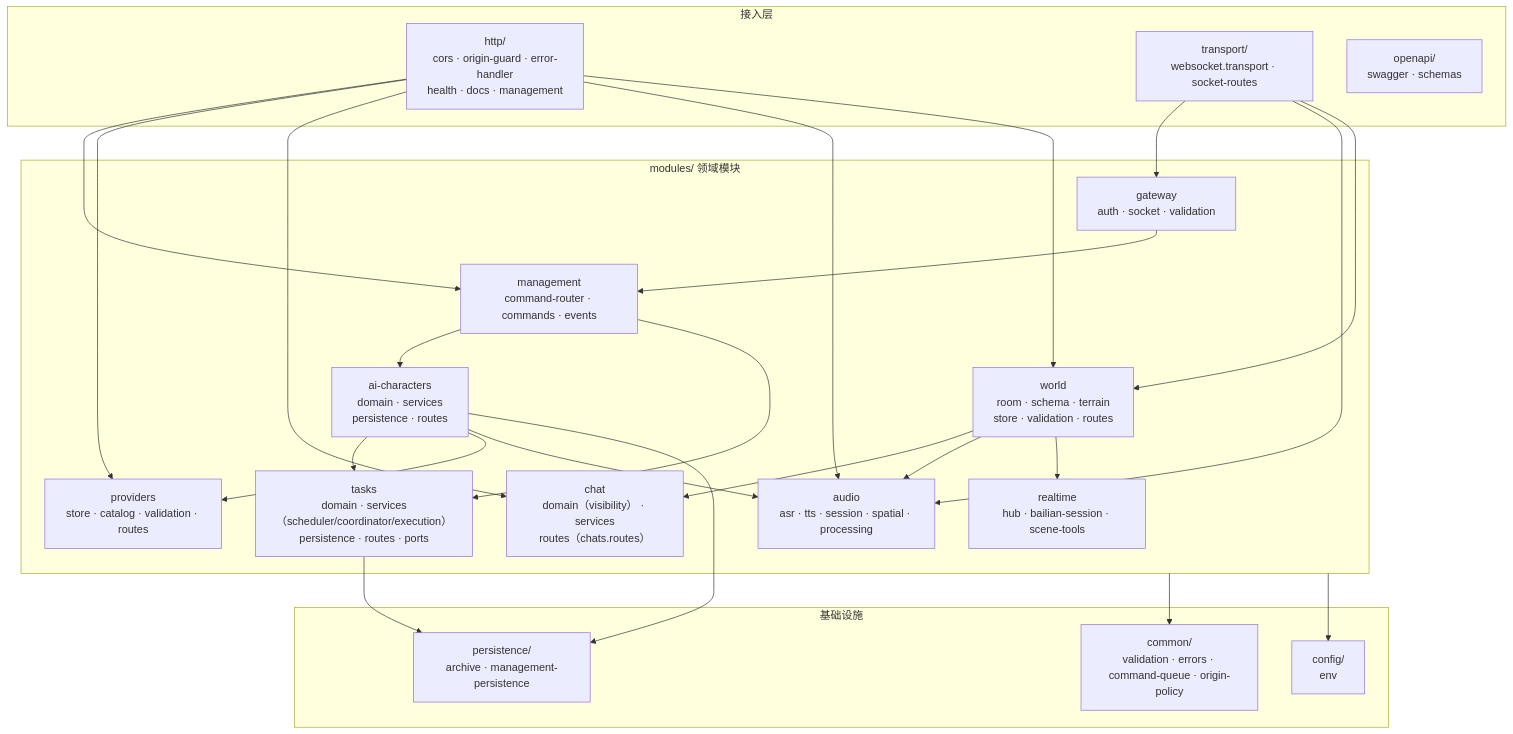
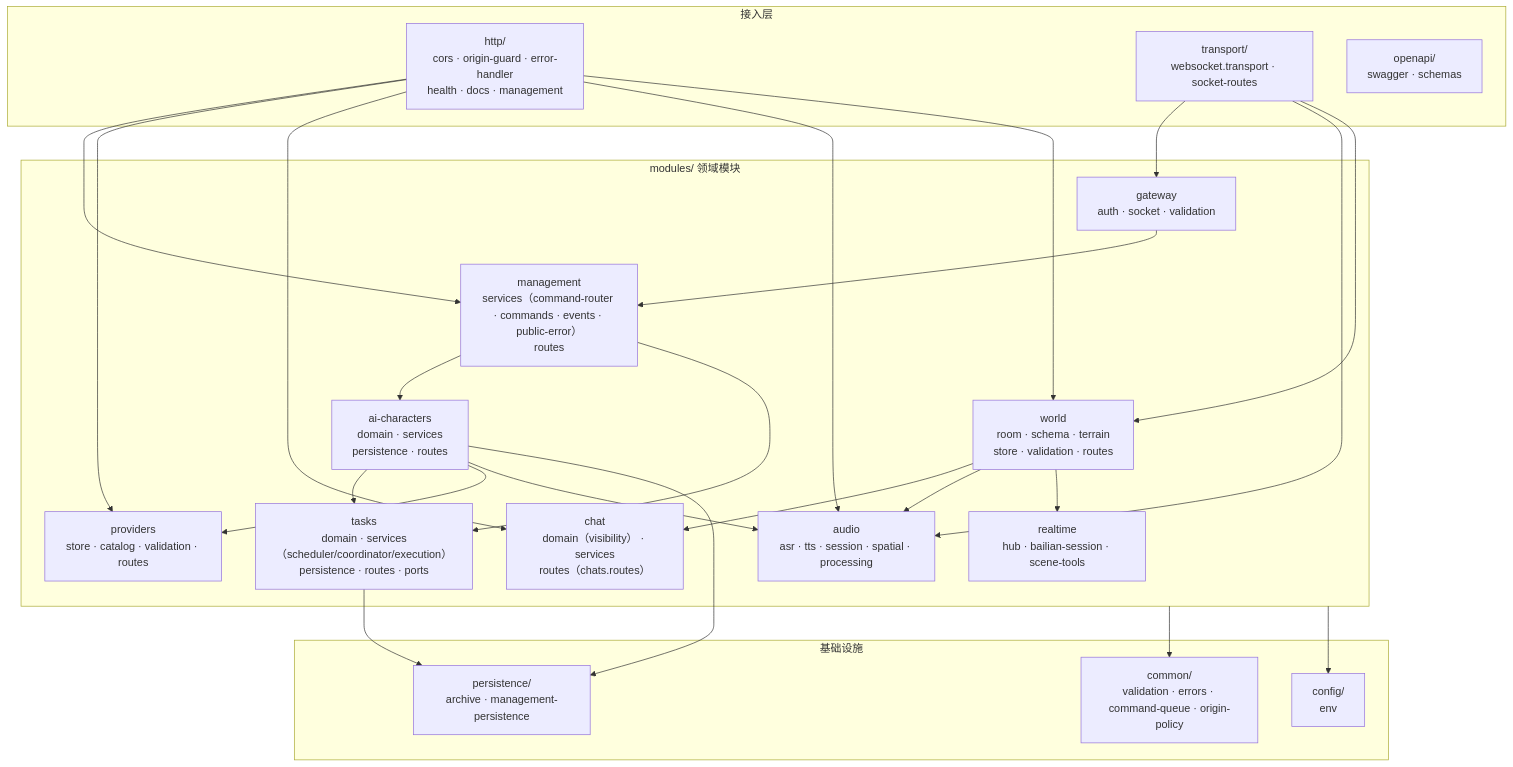
The fifth of 14 diagrams in docs/guide/architecture-diagrams.md (lulabs-org/embocraft), drawn with Mermaid before and after one commit. The commit also changed other lines of this file and 11 other files, not shown here.

Commit message:
refactor(server): align management module services and naming

````diff
--- a/docs/guide/architecture-diagrams.md
+++ b/docs/guide/architecture-diagrams.md
@@ -122,49 +122,49 @@
 ```mermaid
 graph TB
     subgraph Entry["接入层"]
         HTTP["http/<br/>cors · origin-guard · error-handler<br/>health · docs · management"]
         TR["transport/<br/>websocket.transport · socket-routes"]
         OA["openapi/<br/>swagger · schemas"]
     end
 
     subgraph Modules["modules/ 领域模块"]
         World["world<br/>room · schema · terrain<br/>store · validation · routes"]
         AIC["ai-characters<br/>domain · services<br/>persistence · routes"]
         Tasks["tasks<br/>domain · services（scheduler/coordinator/execution）<br/>persistence · routes · ports"]
-        Mgmt["management<br/>command-router · commands · events"]
+        Mgmt["management<br/>services（command-router · commands · events · public-error）<br/>routes"]
         GW["gateway<br/>auth · socket · validation"]
         Prov["providers<br/>store · catalog · validation · routes"]
         Chat["chat<br/>domain（visibility） · services<br/>routes（chats.routes）"]
         Audio["audio<br/>asr · tts · session · spatial · processing"]
         RT["realtime<br/>hub · bailian-session · scene-tools"]
     end
 
     subgraph Infra["基础设施"]
         Common["common/<br/>validation · errors · command-queue · origin-policy"]
         Config["config/<br/>env"]
         Persist["persistence/<br/>archive · management-persistence"]
     end
 
     HTTP --> Mgmt
     HTTP --> Prov
     HTTP --> Chat
     HTTP --> Audio
     HTTP --> World
     TR --> GW
     TR --> Audio
     TR --> World
 
     GW --> Mgmt
     Mgmt --> AIC
     Mgmt --> Tasks
     AIC --> Tasks
     AIC --> Prov
     AIC --> Audio
     World --> Chat
     World --> Audio
     World --> RT
     AIC --> Persist
     Tasks --> Persist
     Modules --> Common
     Modules --> Config
 ```
````
